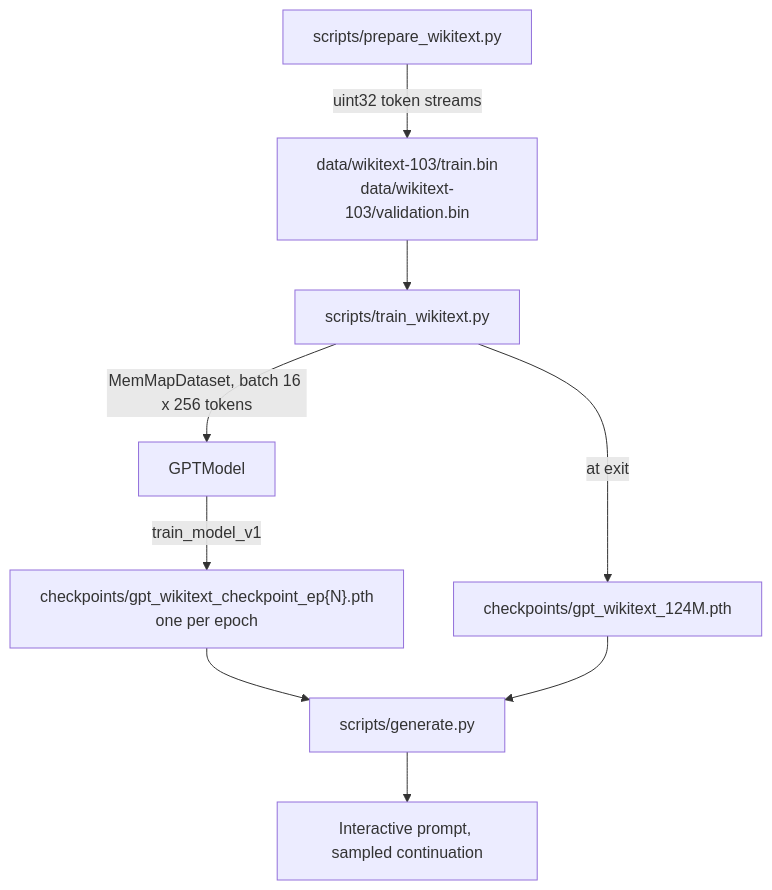
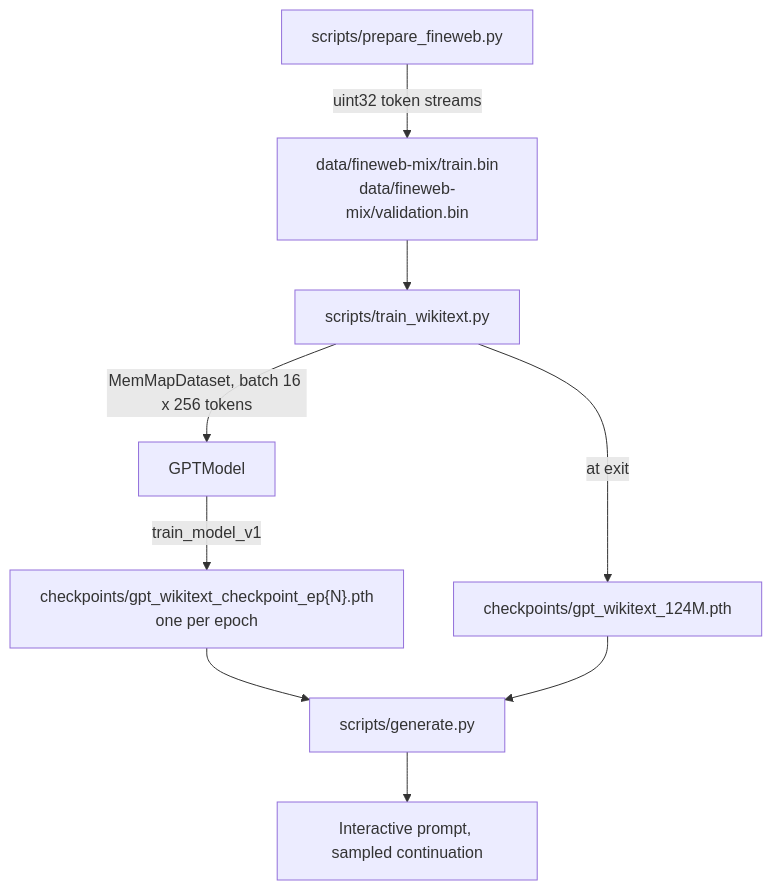
One commit to crrankyy/mini-llm changed the diagram in docs/README.md. Above: the diagram before and after it, drawn with Mermaid. The commit also changed other lines of this file and 5 other files, not shown here.

````diff
--- a/docs/README.md
+++ b/docs/README.md
@@ -44,11 +45,11 @@
 ```mermaid
 flowchart TD
-    A[scripts/prepare_wikitext.py] -->|uint32 token streams| B["data/wikitext-103/train.bin<br/>data/wikitext-103/validation.bin"]
+    A[scripts/prepare_fineweb.py] -->|uint32 token streams| B["data/fineweb-mix/train.bin<br/>data/fineweb-mix/validation.bin"]
     B --> C[scripts/train_wikitext.py]
     C -->|MemMapDataset, batch 16 x 256 tokens| D[GPTModel]
     D -->|train_model_v1| E["checkpoints/gpt_wikitext_checkpoint_ep{N}.pth<br/>one per epoch"]
     C -->|at exit| F[checkpoints/gpt_wikitext_124M.pth]
     E --> G[scripts/generate.py]
     F --> G
     G --> H[Interactive prompt, sampled continuation]
 ```
````
